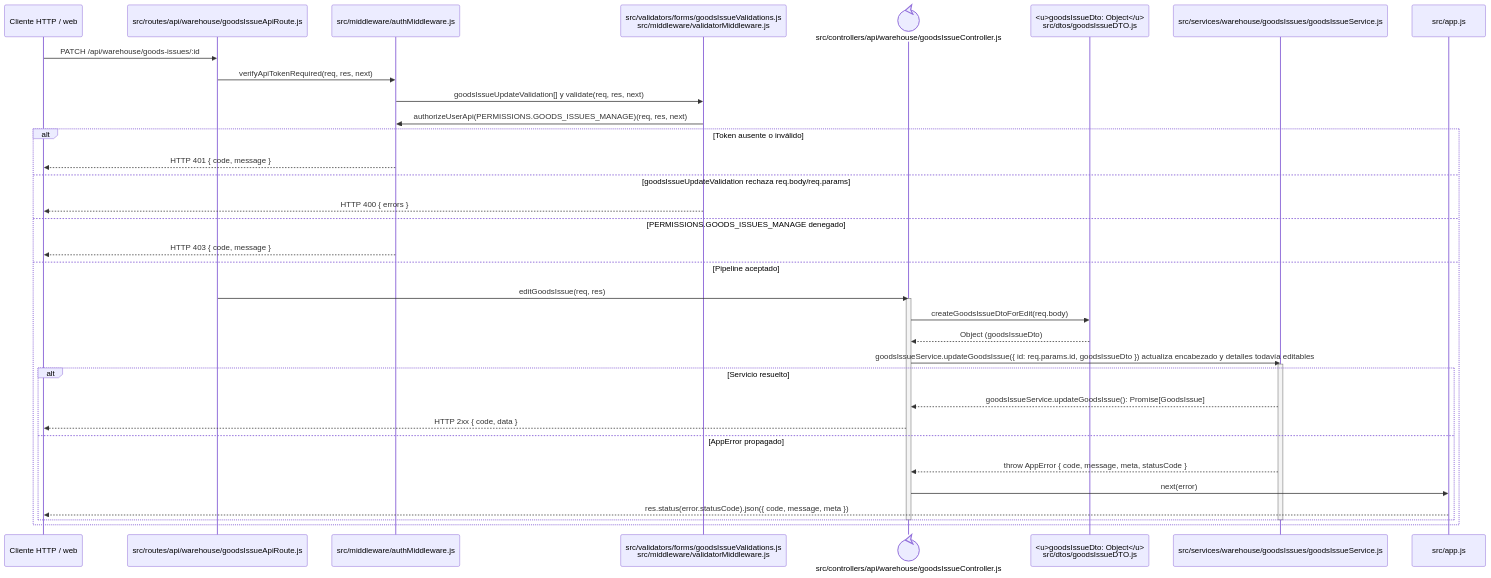
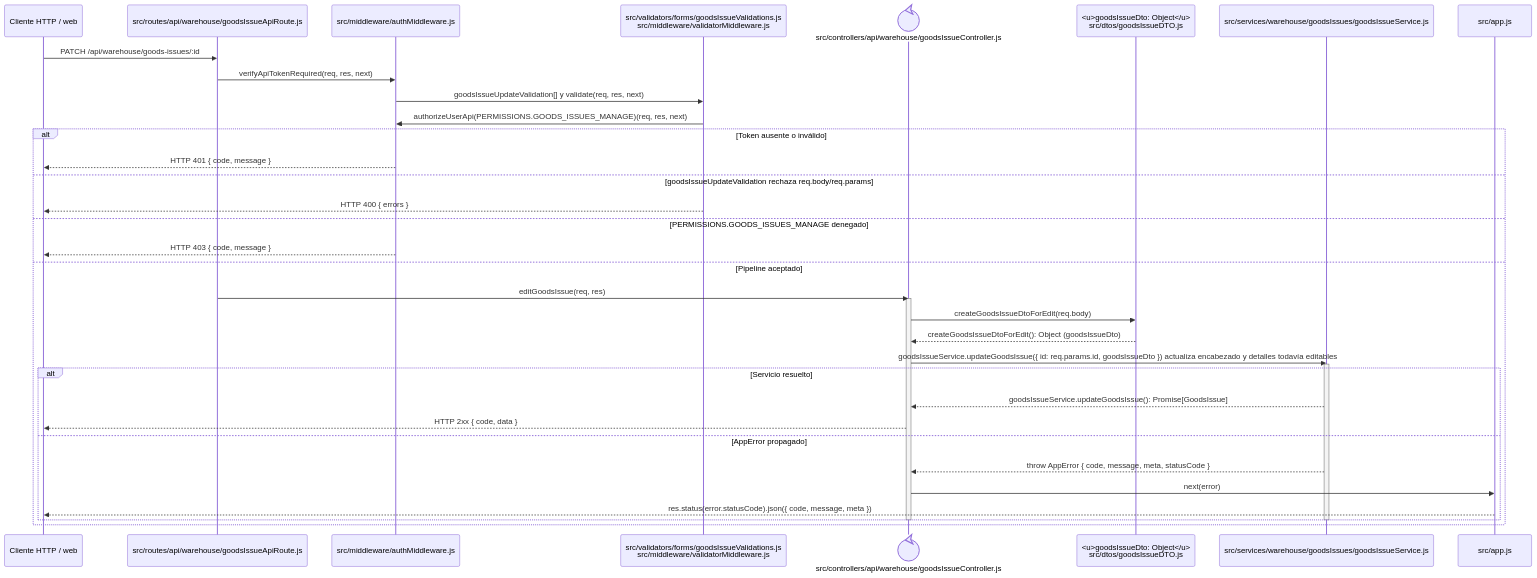
The diagram in docs/architecture/backend-code-sequences/issues/cu-sal-04.md (gpgsistemas01/nexus), drawn with Mermaid before and after one commit. The commit also changed 50 other files, not shown here.

Commit message:
docs: separar llamadas en diagramas de secuencia

````diff
--- a/docs/architecture/backend-code-sequences/issues/cu-sal-04.md
+++ b/docs/architecture/backend-code-sequences/issues/cu-sal-04.md
@@ -6,40 +6,40 @@
 ```mermaid
 sequenceDiagram
     participant Client as Cliente HTTP / web
     participant Route as src/routes/api/warehouse/goodsIssueApiRoute.js
     participant Auth as src/middleware/authMiddleware.js
     participant Validator as src/validators/forms/goodsIssueValidations.js<br/>src/middleware/validatorMiddleware.js
     participant Controller@{ "type": "control" } as src/controllers/api/warehouse/goodsIssueController.js
     participant IssueDto as <u>goodsIssueDto: Object</u><br/>src/dtos/goodsIssueDTO.js
     participant Domain as src/services/warehouse/goodsIssues/goodsIssueService.js
     participant ErrorHandler as src/app.js
 
     Client->>Route: PATCH /api/warehouse/goods-issues/:id
     Route->>Auth: verifyApiTokenRequired(req, res, next)
     Auth->>Validator: goodsIssueUpdateValidation[] y validate(req, res, next)
     Validator->>Auth: authorizeUserApi(PERMISSIONS.GOODS_ISSUES_MANAGE)(req, res, next)
     alt Token ausente o inválido
         Auth-->>Client: HTTP 401 { code, message }
     else goodsIssueUpdateValidation rechaza req.body/req.params
         Validator-->>Client: HTTP 400 { errors }
     else PERMISSIONS.GOODS_ISSUES_MANAGE denegado
         Auth-->>Client: HTTP 403 { code, message }
     else Pipeline aceptado
         Route->>Controller: editGoodsIssue(req, res)
         activate Controller
         Controller->>IssueDto: createGoodsIssueDtoForEdit(req.body)
-        IssueDto-->>Controller: Object (goodsIssueDto)
+        IssueDto-->>Controller: createGoodsIssueDtoForEdit(): Object (goodsIssueDto)
         Controller->>Domain: goodsIssueService.updateGoodsIssue({ id: req.params.id, goodsIssueDto }) actualiza encabezado y detalles todavía editables
         activate Domain
         alt Servicio resuelto
             Domain-->>Controller: goodsIssueService.updateGoodsIssue(): Promise[GoodsIssue]
             Controller-->>Client: HTTP 2xx { code, data }
         else AppError propagado
             Domain-->>Controller: throw AppError { code, message, meta, statusCode }
             Controller->>ErrorHandler: next(error)
             ErrorHandler-->>Client: res.status(error.statusCode).json({ code, message, meta })
         end
         deactivate Domain
         deactivate Controller
     end
 ```
````
